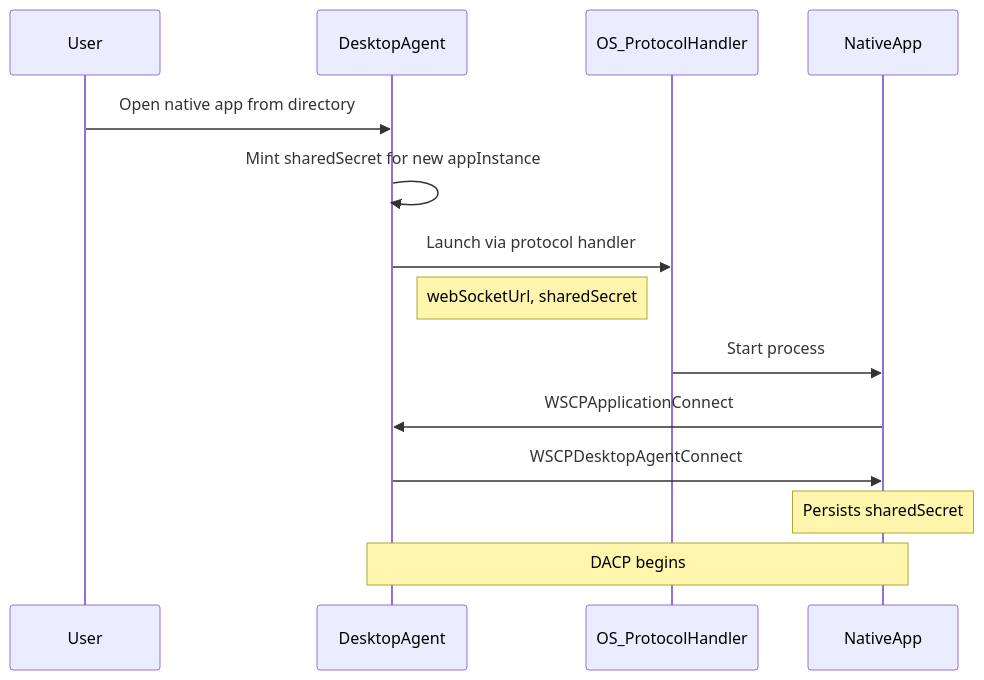
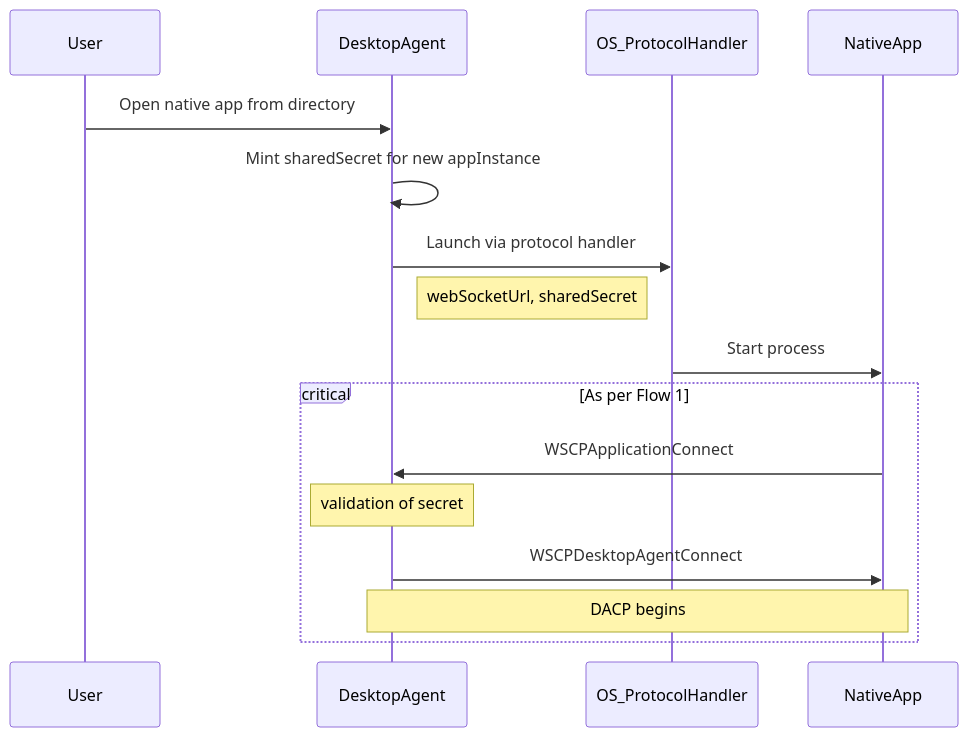
The third of 3 diagrams in website/docs/api/specs/webSocketConnectionProtocol.md (finos/FDC3), drawn with Mermaid before and after one commit. The commit also changed other lines of this file, not shown here.

````diff
--- a/website/docs/api/specs/webSocketConnectionProtocol.md
+++ b/website/docs/api/specs/webSocketConnectionProtocol.md
@@ -313,17 +257,19 @@
 ```mermaid
 sequenceDiagram
     participant User
     participant DA as DesktopAgent
     participant OS as OS_ProtocolHandler
     participant App as NativeApp
 
     User->>DA: Open native app from directory
     DA->>DA: Mint sharedSecret for new appInstance
     DA->>OS: Launch via protocol handler
     Note right of DA: webSocketUrl, sharedSecret
     OS->>App: Start process
-    App->>DA: WSCPApplicationConnect
-    DA->>App: WSCPDesktopAgentConnect
-    Note over App: Persists sharedSecret
-    Note over App,DA: DACP begins
+    critical As per Flow 1
+        App->>DA: WSCPApplicationConnect
+        Note over DA: validation of secret
+        DA->>App: WSCPDesktopAgentConnect
+        Note over App,DA: DACP begins
+    end
 ```
````
